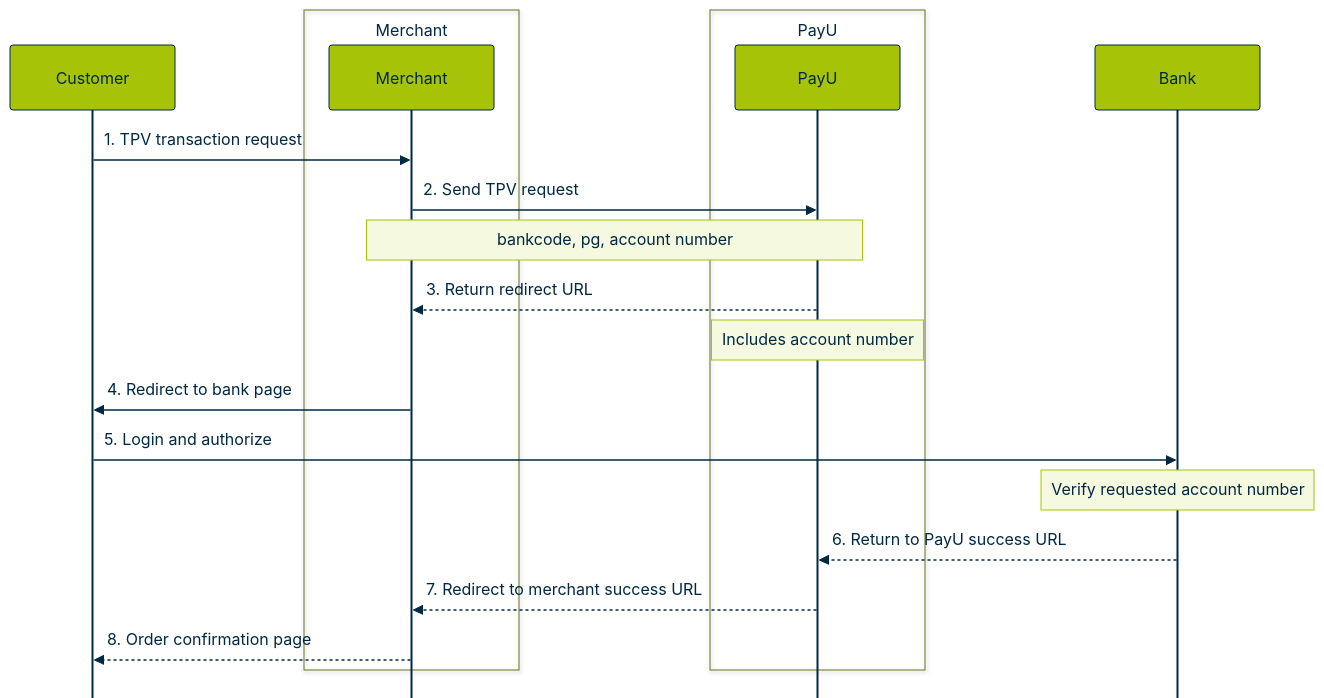
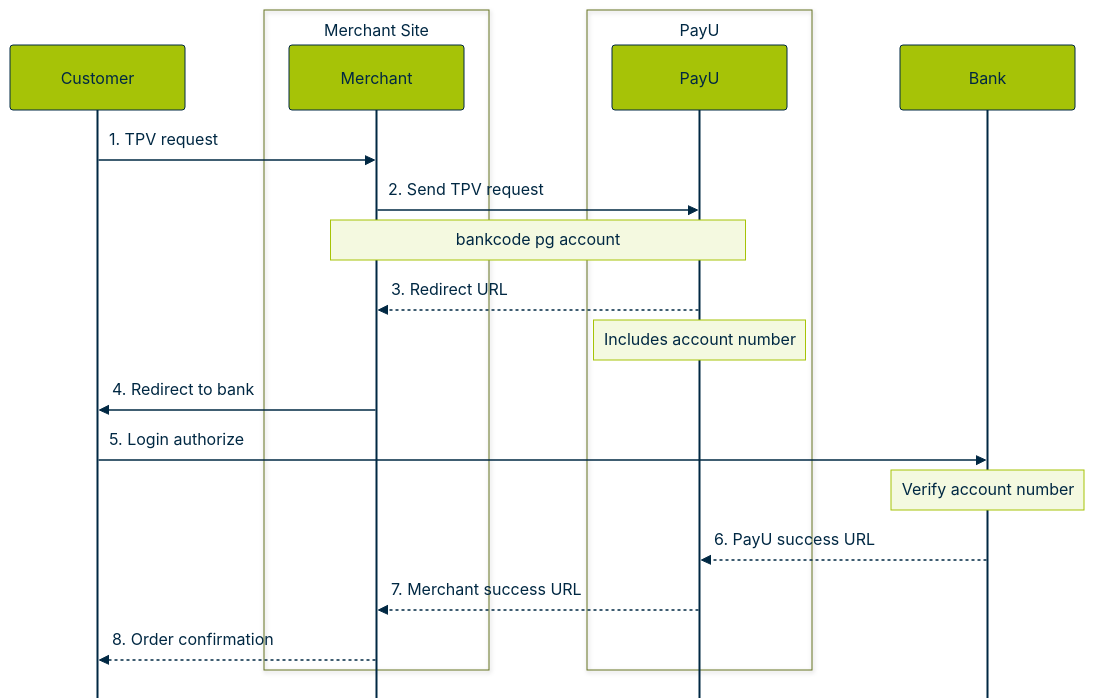
One commit to payu-india/CMS-Chatbot changed the sixth of 17 diagrams in docs/RECYCLE BIN/internal-review-swimlane-diagrams.md. Above: the diagram before and after it, drawn with Mermaid. The commit also changed other lines of this file, not shown here.

Commit message:
Update doc `internal-review-swimlane-diagrams`

````diff
--- a/docs/RECYCLE BIN/internal-review-swimlane-diagrams.md
+++ b/docs/RECYCLE BIN/internal-review-swimlane-diagrams.md
@@ -386,61 +393,61 @@
 ```mermaid
 %%{init: {
   "theme": "base",
   "sequence": {
     "mirrorActors": false,
     "rightAngles": true,
     "messageAlign": "left",
-    "fontSize": 11,
-    "actorFontSize": 11,
+    "fontSize": 10,
+    "actorFontSize": 10,
     "noteFontSize": 10,
-    "actorMargin": 90,
-    "width": 165,
+    "actorMargin": 92,
+    "width": 175,
     "boxMargin": 10,
     "messageMargin": 38,
     "diagramMarginX": 55,
     "diagramMarginY": 18
   },
   "themeVariables": {
     "fontFamily": "Arial, Helvetica, sans-serif",
-    "fontSize": "11px",
+    "fontSize": "10px",
     "background": "#FFFFFF",
     "primaryColor": "#A6C307",
     "primaryTextColor": "#002843",
     "actorBkg": "#A6C307",
     "actorBorder": "#002843",
     "signalColor": "#002843",
     "noteBkgColor": "#F4F9E0",
     "noteTextColor": "#002843",
     "noteBorderColor": "#A6C307"
   }
 }}%%
 sequenceDiagram
     participant Customer
-    box Merchant
+    box Merchant Site
         participant Merchant
     end
     box PayU
         participant PayU
     end
     participant Bank
 
-    Customer->>Merchant: 1. TPV transaction request
+    Customer->>Merchant: 1. TPV request
 
     Merchant->>PayU: 2. Send TPV request
-    Note over Merchant,PayU: bankcode, pg, account number
+    Note over Merchant,PayU: bankcode pg account
 
-    PayU-->>Merchant: 3. Return redirect URL
+    PayU-->>Merchant: 3. Redirect URL
     Note over PayU: Includes account number
 
-    Merchant->>Customer: 4. Redirect to bank page
+    Merchant->>Customer: 4. Redirect to bank
 
-    Customer->>Bank: 5. Login and authorize
-    Note over Bank: Verify requested account number
+    Customer->>Bank: 5. Login authorize
+    Note over Bank: Verify account number
 
-    Bank-->>PayU: 6. Return to PayU success URL
+    Bank-->>PayU: 6. PayU success URL
 
-    PayU-->>Merchant: 7. Redirect to merchant success URL
+    PayU-->>Merchant: 7. Merchant success URL
 
-    Merchant-->>Customer: 8. Order confirmation page
+    Merchant-->>Customer: 8. Order confirmation
 
 ```
````
